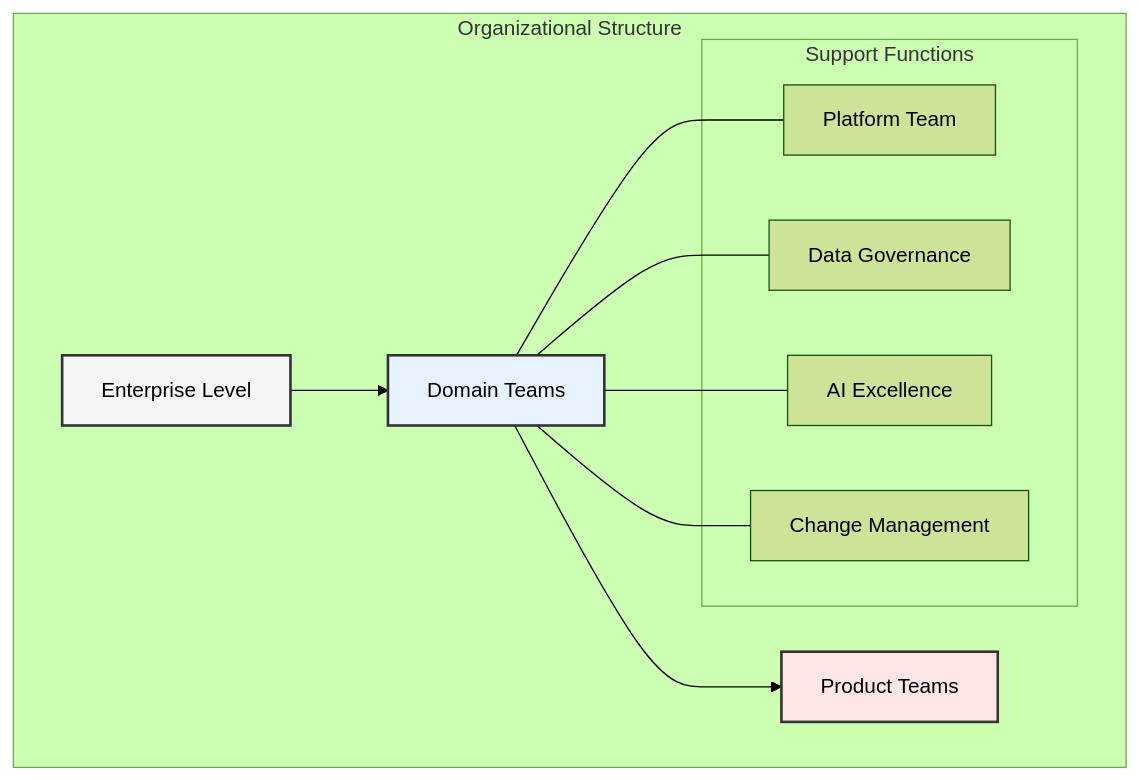
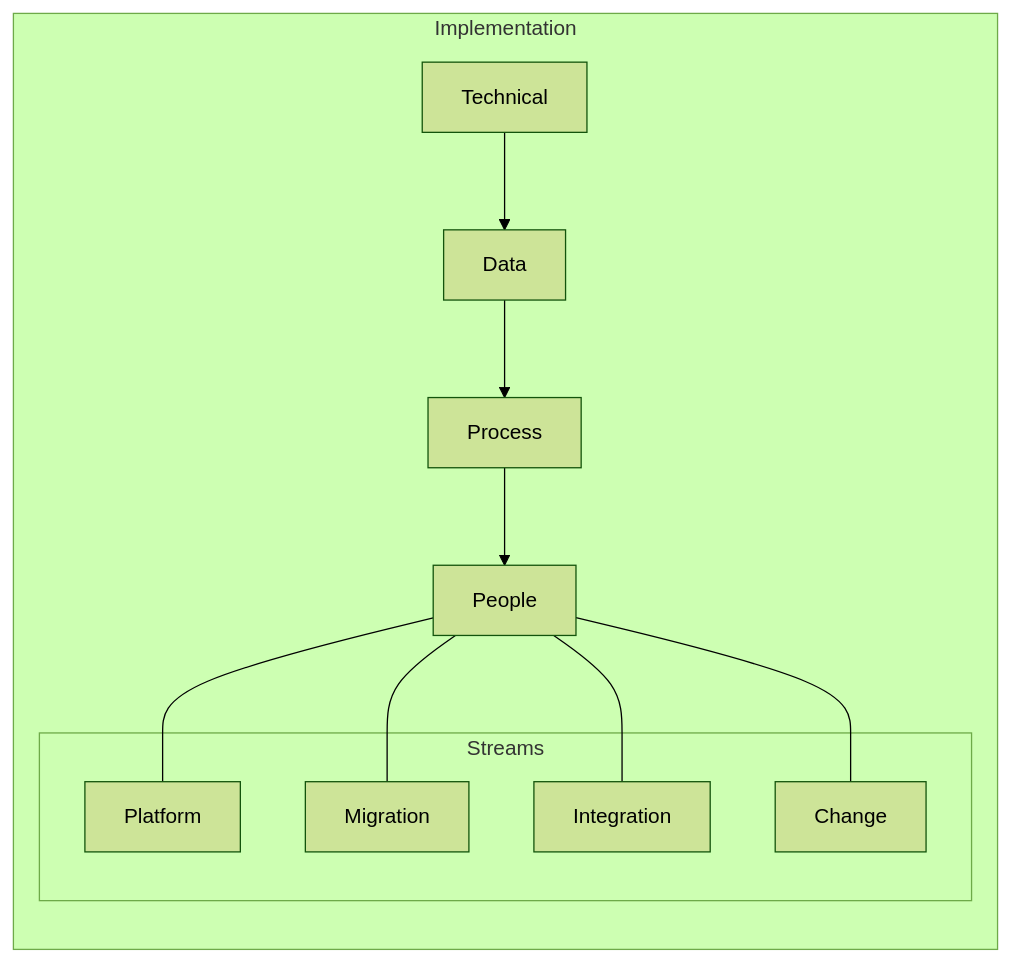
The fifth of 8 diagrams in enterprise_data_architecture/chapters/07_transformation.md (data-octo/agentic_ai_research), drawn with Mermaid (forest theme) before and after one commit. The commit also changed other lines of this file and 11 other files, not shown here.

````diff
--- a/enterprise_data_architecture/chapters/07_transformation.md
+++ b/enterprise_data_architecture/chapters/07_transformation.md
@@ -83,23 +182,20 @@
 ```mermaid
-graph TB
-    subgraph "Organizational Structure"
-        A[Enterprise Level] --> B[Domain Teams]
-        B --> C[Product Teams]
+graph LR
+    subgraph "Implementation"
+        A[Technical] --> B[Data]
+        B --> C[Process]
+        C --> D[People]
         
-        subgraph "Support Functions"
-            D[Platform Team]
-            E[Data Governance]
-            F[AI Excellence]
-            G[Change Management]
+        subgraph "Streams"
+            E[Platform]
+            F[Migration]
+            G[Integration]
+            H[Change]
         end
         
-        B --- D
-        B --- E
-        B --- F
-        B --- G
+        D --- E
+        D --- F
+        D --- G
+        D --- H
     end
-    
-    style A fill:#f5f5f5,stroke:#333,stroke-width:2px
-    style B fill:#e6f3ff,stroke:#333,stroke-width:2px
-    style C fill:#ffe6e6,stroke:#333,stroke-width:2px
 ```
````
